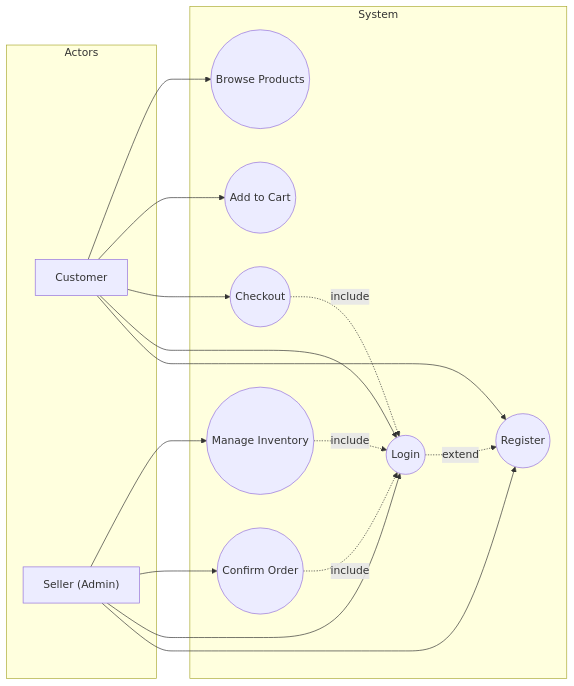
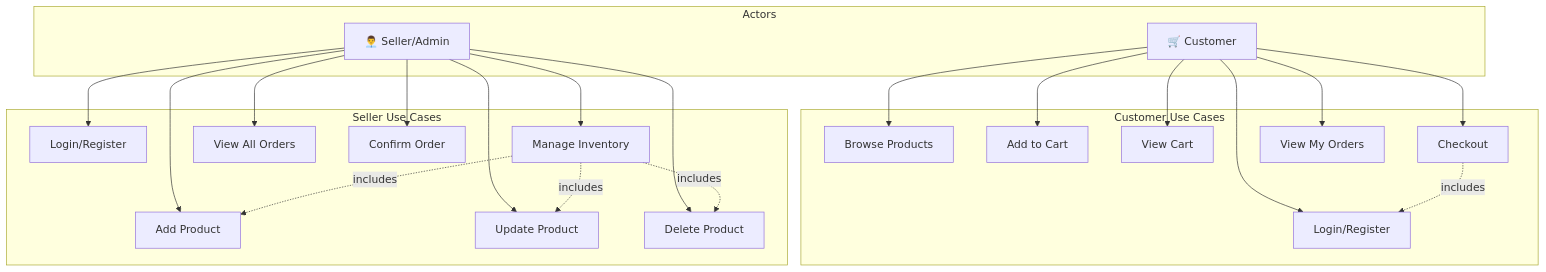
One commit to ArsenMonets/patterns changed the first of 6 diagrams in README.md. Above: the diagram before and after it, drawn with Mermaid. The commit also changed other lines of this file, not shown here.

````diff
--- a/README.md
+++ b/README.md
@@ -56,39 +294,50 @@
 ```mermaid
-graph LR
+graph TB
     subgraph Actors
-        Customer["Customer"]
-        Seller["Seller (Admin)"]
+        Customer["🛒 Customer"]
+        Seller["👨‍💼 Seller/Admin"]
     end
 
-    subgraph System
-        Login((Login))
-        Register((Register))
-        
-        Browse((Browse Products))
-        AddToCart((Add to Cart))
-        Checkout((Checkout))
-        
-        ManageInv((Manage Inventory))
-        ConfirmOrder((Confirm Order))
+    subgraph Customer_UseCases["Customer Use Cases"]
+        Login1["Login/Register"]
+        Browse["Browse Products"]
+        AddCart["Add to Cart"]
+        ViewCart["View Cart"]
+        Checkout["Checkout"]
+        ViewOrders["View My Orders"]
     end
 
-    %% Customer Actions
+    subgraph Seller_UseCases["Seller Use Cases"]
+        Login2["Login/Register"]
+        Manage["Manage Inventory"]
+        AddProduct["Add Product"]
+        UpdateProduct["Update Product"]
+        DeleteProduct["Delete Product"]
+        ViewAllOrders["View All Orders"]
+        ConfirmOrder["Confirm Order"]
+    end
+
+    %% Customer connections
+    Customer --> Login1
     Customer --> Browse
-    Customer --> AddToCart
+    Customer --> AddCart
+    Customer --> ViewCart
     Customer --> Checkout
-    Customer --> Login
-    Customer --> Register
+    Customer --> ViewOrders
     
-    %% Seller Actions
-    Seller --> ManageInv
+    %% Seller connections
+    Seller --> Login2
+    Seller --> Manage
+    Seller --> AddProduct
+    Seller --> UpdateProduct
+    Seller --> DeleteProduct
+    Seller --> ViewAllOrders
     Seller --> ConfirmOrder
-    Seller --> Login
-    Seller --> Register
     
-    Checkout -. include .-> Login
-    ManageInv -. include .-> Login
-    ConfirmOrder -. include .-> Login
-    
-    Login -. extend .-> Register
+    %% Include relationships
+    Checkout -.->|includes| Login1
+    Manage -.->|includes| AddProduct
+    Manage -.->|includes| UpdateProduct
+    Manage -.->|includes| DeleteProduct
     
 ```
````
